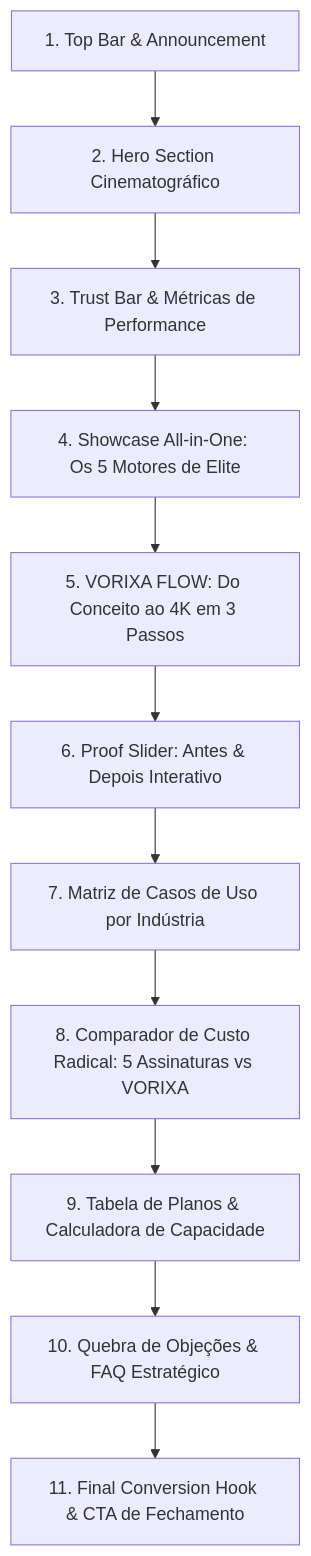
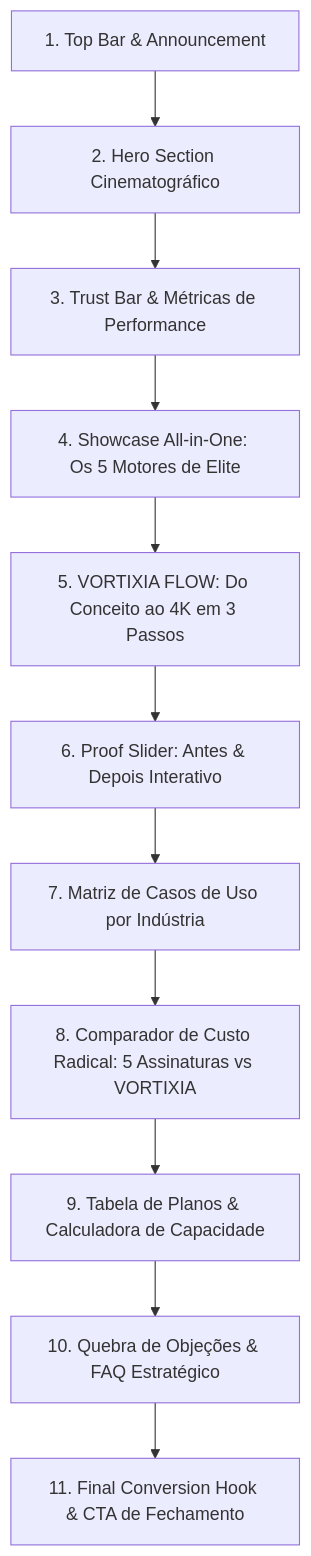
The first of 2 diagrams in docs/COPY_HOME2_MASTER.md (pitarf/vortixa), drawn with Mermaid before and after one commit. The commit also changed other lines of this file and 114 other files, not shown here.

Commit message:
feat(branding): atualiza nome da plataforma de VORIXA para VORTIXIA

````diff
--- a/docs/COPY_HOME2_MASTER.md
+++ b/docs/COPY_HOME2_MASTER.md
@@ -18,13 +18,13 @@
 ```mermaid
 graph TD
     A[1. Top Bar & Announcement] --> B[2. Hero Section Cinematográfico]
     B --> C[3. Trust Bar & Métricas de Performance]
     C --> D[4. Showcase All-in-One: Os 5 Motores de Elite]
-    D --> E[5. VORIXA FLOW: Do Conceito ao 4K em 3 Passos]
+    D --> E[5. VORTIXIA FLOW: Do Conceito ao 4K em 3 Passos]
     E --> F[6. Proof Slider: Antes & Depois Interativo]
     F --> G[7. Matriz de Casos de Uso por Indústria]
-    G --> H[8. Comparador de Custo Radical: 5 Assinaturas vs VORIXA]
+    G --> H[8. Comparador de Custo Radical: 5 Assinaturas vs VORTIXIA]
     H --> I[9. Tabela de Planos & Calculadora de Capacidade]
     I --> J[10. Quebra de Objeções & FAQ Estratégico]
     J --> K[11. Final Conversion Hook & CTA de Fechamento]
 ```
````
